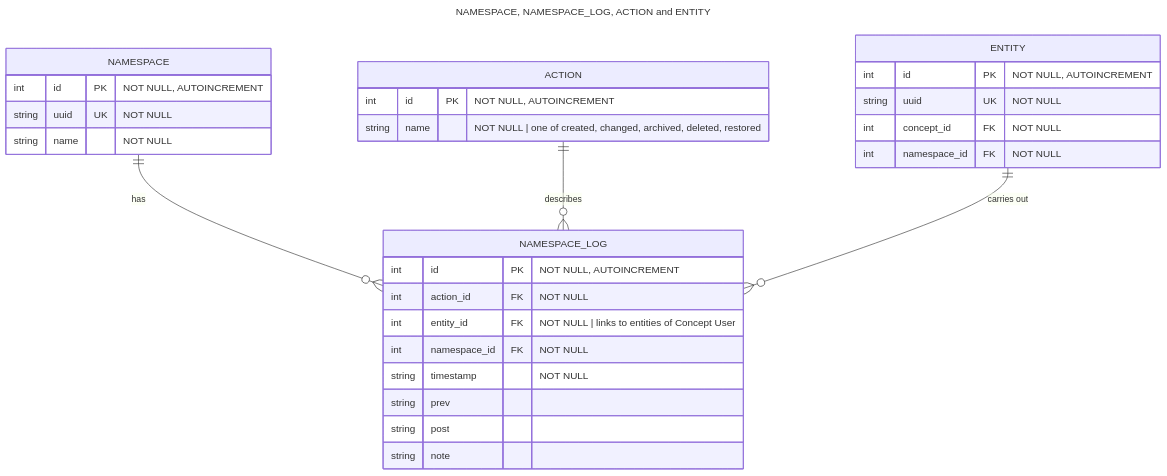
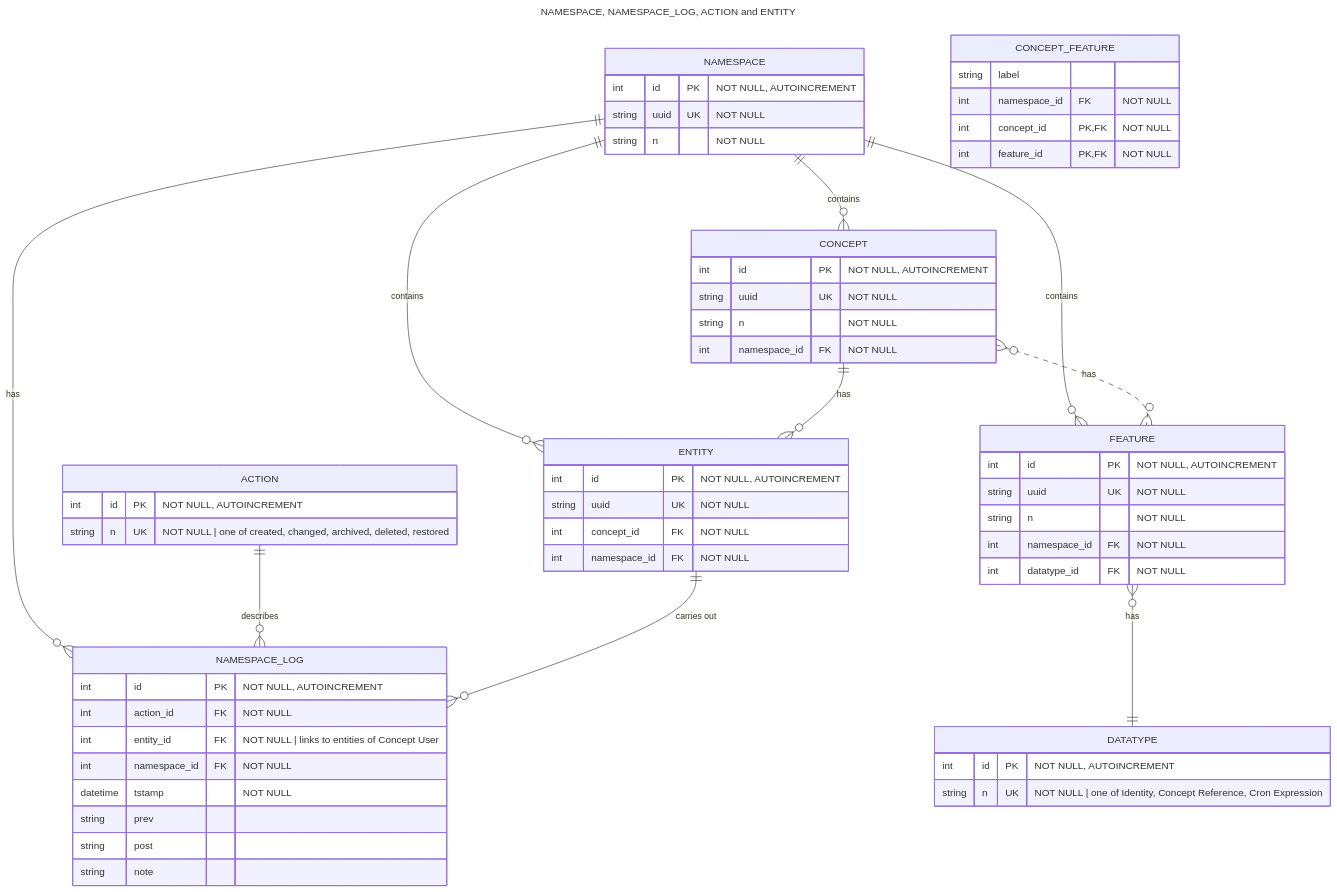
One commit to polarlabs/kodiak-diagrams changed the first of 2 diagrams in DATABASE-SCHEMA.md. Above: the diagram before and after it, drawn with Mermaid. The commit also changed other lines of this file, not shown here.

Commit message:
mod: additional tables and columns.

````diff
--- a/DATABASE-SCHEMA.md
+++ b/DATABASE-SCHEMA.md
@@ -16,34 +16,63 @@
 ```mermaid
 ---
 title: NAMESPACE, NAMESPACE_LOG, ACTION and ENTITY
 ---
 erDiagram
     NAMESPACE {
         int    id   PK "NOT NULL, AUTOINCREMENT"
         string uuid UK "NOT NULL"
-        string name    "NOT NULL"
+        string n       "NOT NULL"
+    }
+    CONCEPT {
+        int    id           PK "NOT NULL, AUTOINCREMENT"
+        string uuid         UK "NOT NULL"
+        string n               "NOT NULL"
+        int    namespace_id FK "NOT NULL"
+    }
+    FEATURE {
+        int    id           PK "NOT NULL, AUTOINCREMENT"
+        string uuid         UK "NOT NULL"
+        string n               "NOT NULL"
+        int    namespace_id FK "NOT NULL"
+        int    datatype_id  FK "NOT NULL"
+    }
+    CONCEPT_FEATURE {
+        string label
+        int    namespace_id FK     "NOT NULL"
+        int    concept_id   PK, FK "NOT NULL"
+        int    feature_id   PK, FK "NOT NULL"
+    }
+    DATATYPE {
+        int    id PK "NOT NULL, AUTOINCREMENT"
+        string n  UK "NOT NULL | one of Identity, Concept Reference, Cron Expression"
     }
     NAMESPACE_LOG {
-        int    id           PK "NOT NULL, AUTOINCREMENT"
-        int    action_id    FK "NOT NULL"
-        int    entity_id    FK "NOT NULL | links to entities of Concept User"
-        int    namespace_id FK "NOT NULL"
-        string timestamp       "NOT NULL"
-        string prev
-        string post
-        string note 
+        int      id           PK "NOT NULL, AUTOINCREMENT"
+        int      action_id    FK "NOT NULL"
+        int      entity_id    FK "NOT NULL | links to entities of Concept User"
+        int      namespace_id FK "NOT NULL"
+        datetime tstamp        "NOT NULL"
+        string   prev
+        string   post
+        string   note 
     }
     ACTION {
-        int    id           PK "NOT NULL, AUTOINCREMENT"
-        string name            "NOT NULL | one of created, changed, archived, deleted, restored"
+        int    id PK "NOT NULL, AUTOINCREMENT"
+        string n  UK "NOT NULL | one of created, changed, archived, deleted, restored"
     }
     ENTITY {
         int    id           PK "NOT NULL, AUTOINCREMENT"
         string uuid         UK "NOT NULL"
         int    concept_id   FK "NOT NULL"
         int    namespace_id FK "NOT NULL"
     }
-    NAMESPACE ||--o{ NAMESPACE_LOG               : has
-    ACTION    ||--o{ NAMESPACE_LOG               : describes
-    ENTITY    ||--o{ NAMESPACE_LOG               : "carries out"
+    NAMESPACE ||--o{ NAMESPACE_LOG : has
+    NAMESPACE ||--o{ CONCEPT       : contains
+    NAMESPACE ||--o{ FEATURE       : contains
+    NAMESPACE ||--o{ ENTITY        : contains
+    CONCEPT   }o..o{ FEATURE       : has
+    CONCEPT   ||--o{ ENTITY        : has
+    FEATURE   }o--|| DATATYPE      : has
+    ACTION    ||--o{ NAMESPACE_LOG : describes
+    ENTITY    ||--o{ NAMESPACE_LOG : "carries out"
 ```
````
